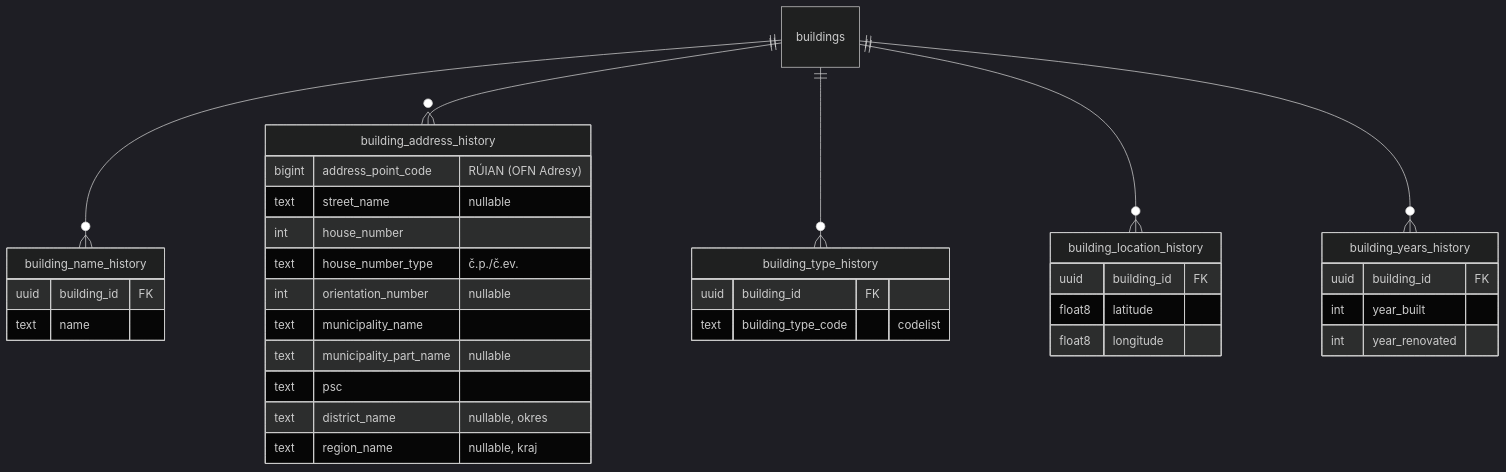
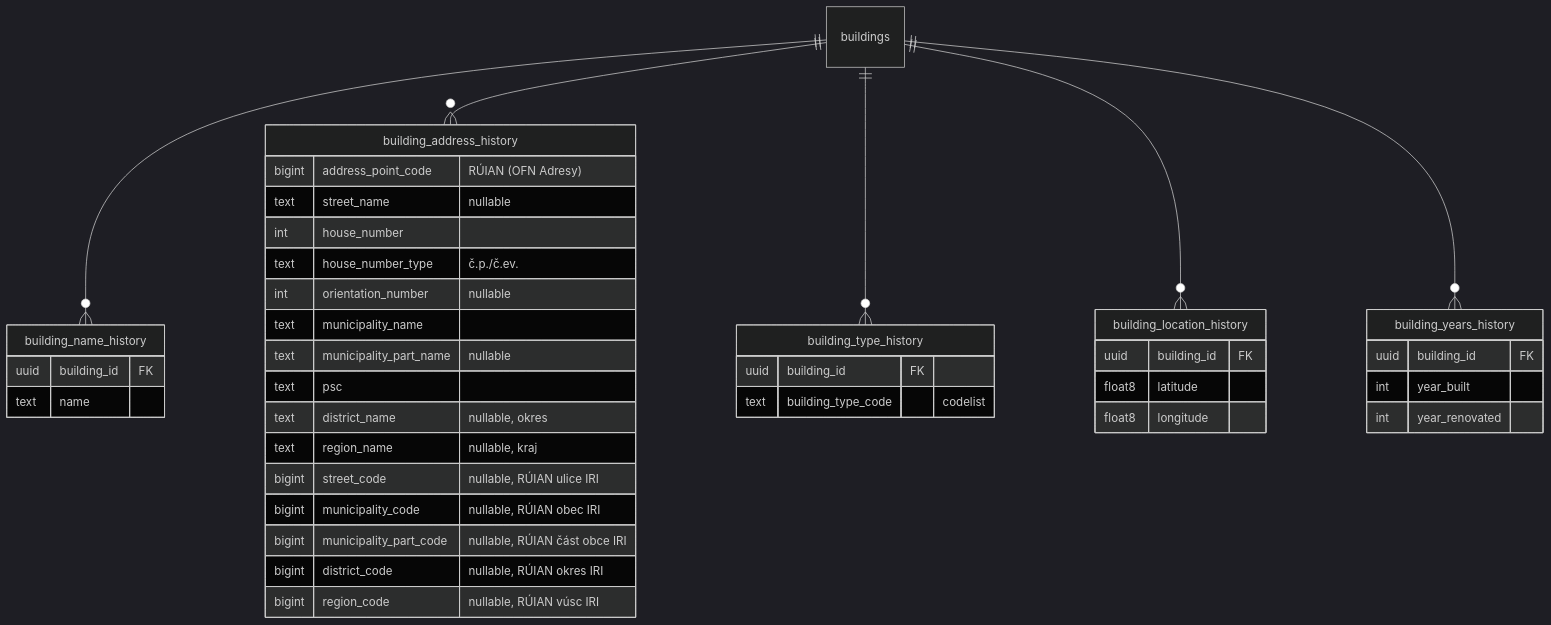
The third of 6 diagrams in docs/er/README.md (ambiquality/ambiquality-backend), drawn with Mermaid (dark theme) before and after one commit. The commit also changed 21 other files, not shown here.

````diff
--- a/docs/er/README.md
+++ b/docs/er/README.md
@@ -104,39 +104,44 @@
 ```mermaid
 erDiagram
     buildings ||--o{ building_name_history : ""
     buildings ||--o{ building_address_history : ""
     buildings ||--o{ building_type_history : ""
     buildings ||--o{ building_location_history : ""
     buildings ||--o{ building_years_history : ""
 
     building_name_history {
         uuid building_id FK
         text name
     }
     building_address_history {
         bigint address_point_code "RÚIAN (OFN Adresy)"
         text street_name "nullable"
         int house_number
         text house_number_type "č.p./č.ev."
         int orientation_number "nullable"
         text municipality_name
         text municipality_part_name "nullable"
         text psc
         text district_name "nullable, okres"
         text region_name "nullable, kraj"
+        bigint street_code "nullable, RÚIAN ulice IRI"
+        bigint municipality_code "nullable, RÚIAN obec IRI"
+        bigint municipality_part_code "nullable, RÚIAN část obce IRI"
+        bigint district_code "nullable, RÚIAN okres IRI"
+        bigint region_code "nullable, RÚIAN vúsc IRI"
     }
     building_type_history {
         uuid building_id FK
         text building_type_code "codelist"
     }
     building_location_history {
         uuid building_id FK
         float8 latitude
         float8 longitude
     }
     building_years_history {
         uuid building_id FK
         int year_built
         int year_renovated
     }
 ```
````
